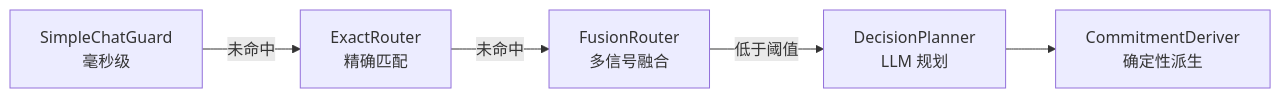
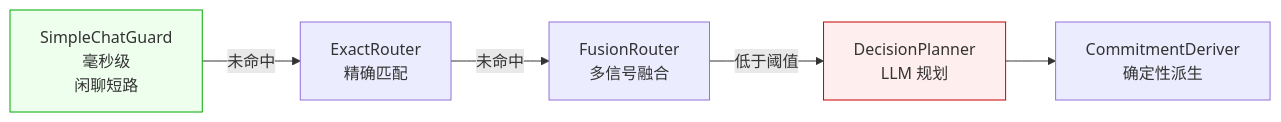
One commit to GGwujun/deep-dive-winmatrix changed the second of 2 diagrams in src/part11-philosophy/ch28-design-patterns.md. Above: the diagram before and after it, drawn with Mermaid. The commit also changed other lines of this file and 35 other files, not shown here.

````diff
--- a/src/part11-philosophy/ch28-design-patterns.md
+++ b/src/part11-philosophy/ch28-design-patterns.md
@@ -81,7 +396,9 @@
 ```mermaid
 graph LR
-    S1["SimpleChatGuard<br/>毫秒级"] -->|"未命中"| S2["ExactRouter<br/>精确匹配"]
-    S2 -->|"未命中"| S3["FusionRouter<br/>多信号融合"]
-    S3 -->|"低于阈值"| S4["DecisionPlanner<br/>LLM 规划"]
+    S1["SimpleChatGuard<br/>毫秒级<br/>闲聊短路"] -->|未命中| S2["ExactRouter<br/>精确匹配"]
+    S2 -->|未命中| S3["FusionRouter<br/>多信号融合"]
+    S3 -->|低于阈值| S4["DecisionPlanner<br/>LLM 规划"]
     S4 --> S5["CommitmentDeriver<br/>确定性派生"]
+    style S1 fill:#efe,stroke:#0a0
+    style S4 fill:#fee,stroke:#c00
 ```
````
